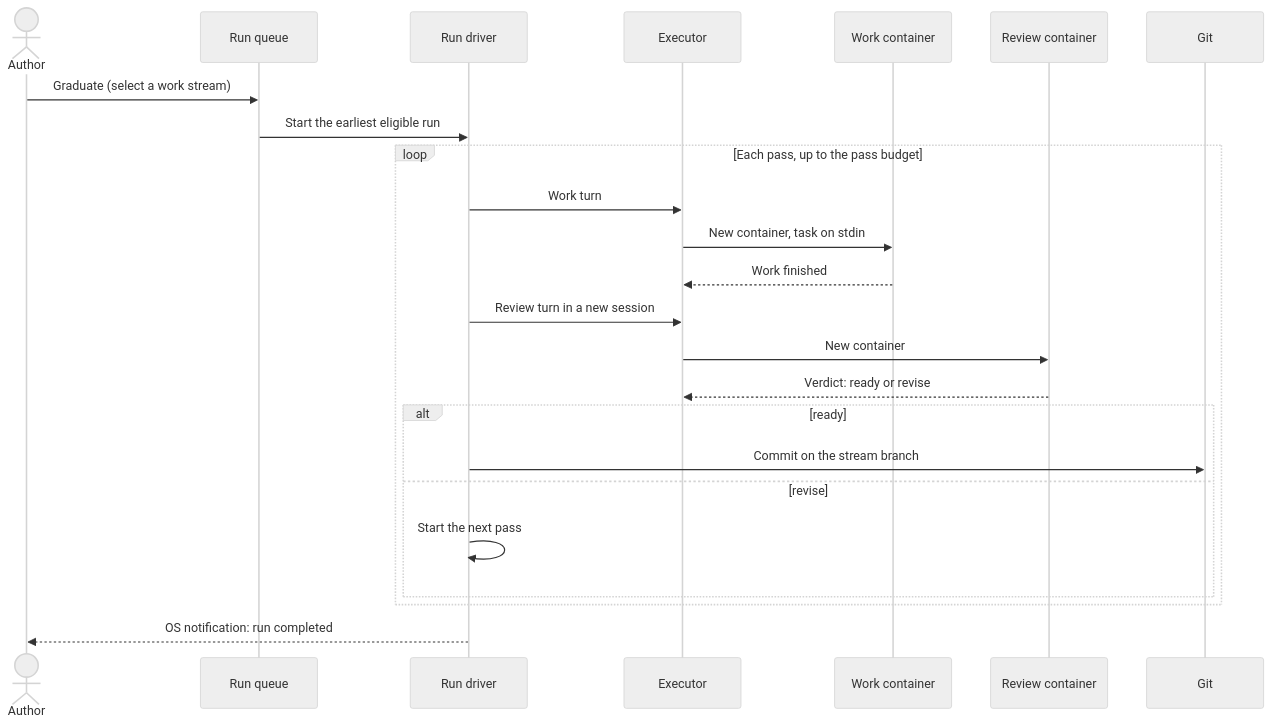
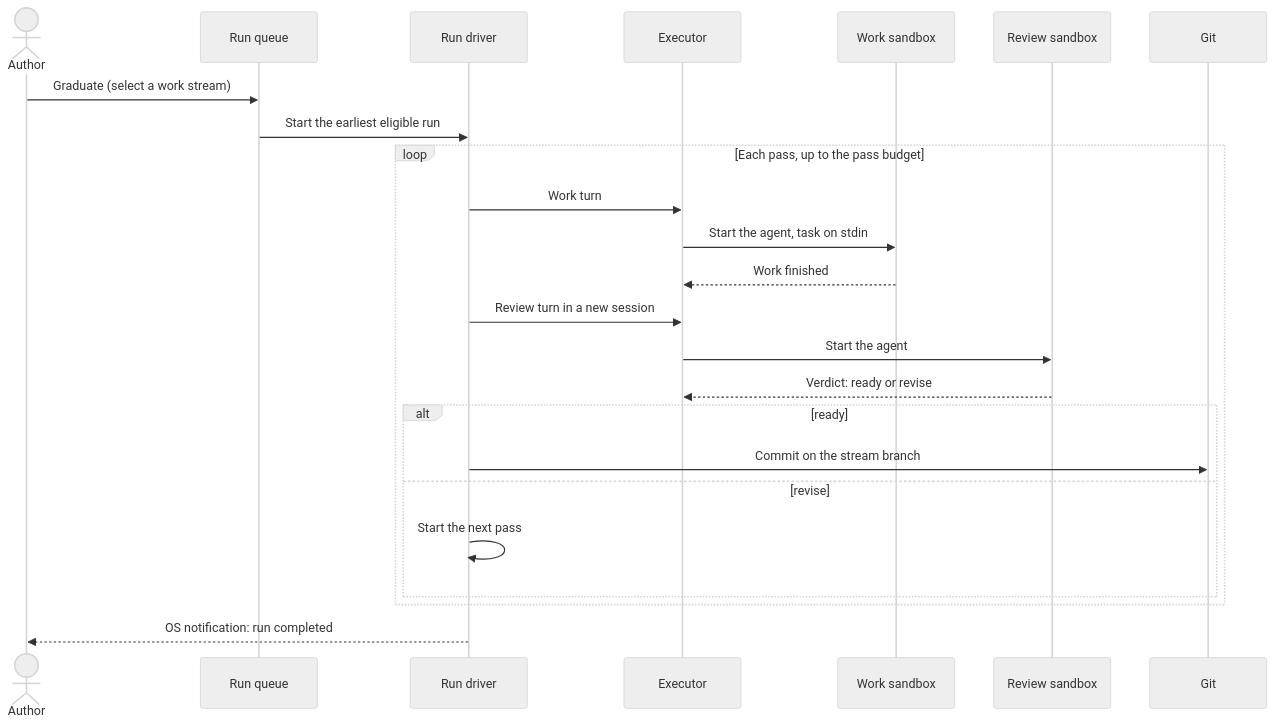
The fourth of 10 diagrams in docs/HLD.md (BR5-TECH/synthesis), drawn with Mermaid (neutral theme) before and after one commit. The commit also changed other lines of this file, not shown here.

````diff
--- a/docs/HLD.md
+++ b/docs/HLD.md
@@ -651,27 +872,27 @@
 ```mermaid
 sequenceDiagram
     actor A as Author
     participant Q as Run queue
     participant D as Run driver
     participant X as Executor
-    participant W as Work container
-    participant R as Review container
+    participant W as Work sandbox
+    participant R as Review sandbox
     participant G as Git
 
     A->>Q: Graduate (select a work stream)
     Q->>D: Start the earliest eligible run
     loop Each pass, up to the pass budget
         D->>X: Work turn
-        X->>W: New container, task on stdin
+        X->>W: Start the agent, task on stdin
         W-->>X: Work finished
         D->>X: Review turn in a new session
-        X->>R: New container
+        X->>R: Start the agent
         R-->>X: Verdict: ready or revise
         alt ready
             D->>G: Commit on the stream branch
         else revise
             D->>D: Start the next pass
         end
     end
     D-->>A: OS notification: run completed
 ```
````
